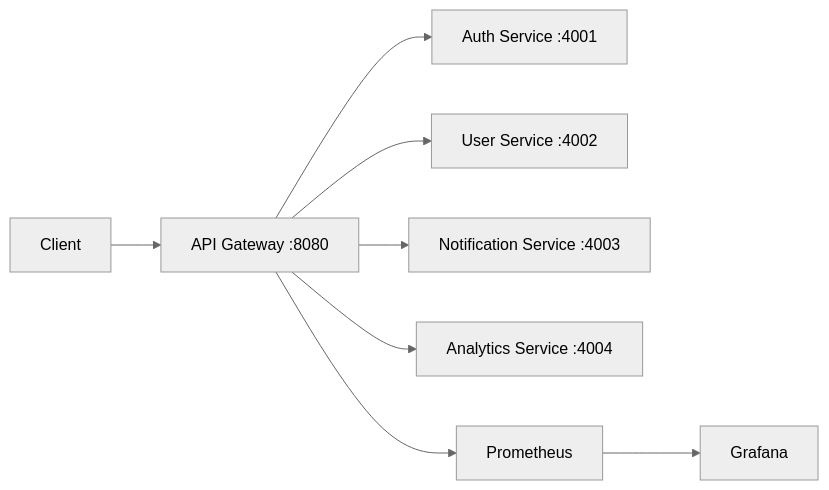
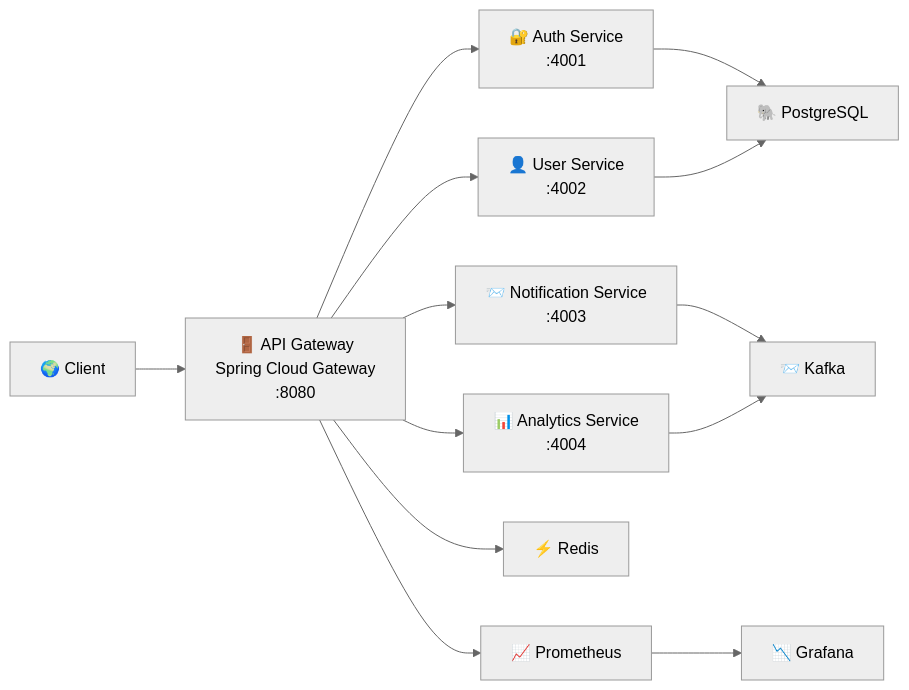
One commit to yashwan7/cloud-native-api-gateway changed the first of 7 diagrams in docs/architecture/README.md. Above: the diagram before and after it, drawn with Mermaid (neutral theme). The commit also changed other lines of this file, not shown here.

````diff
--- a/docs/architecture/README.md
+++ b/docs/architecture/README.md
@@ -3,10 +9,50 @@
 ```mermaid
 flowchart LR
-    Client[Client] --> Gateway[API Gateway :8080]
-    Gateway --> Auth[Auth Service :4001]
-    Gateway --> Users[User Service :4002]
-    Gateway --> Notifications[Notification Service :4003]
-    Gateway --> Analytics[Analytics Service :4004]
-    Gateway --> Metrics[Prometheus]
-    Metrics --> Grafana[Grafana]
+
+Client["🌍 Client"]
+
+Gateway["🚪 API Gateway
+Spring Cloud Gateway
+:8080"]
+
+Auth["🔐 Auth Service
+:4001"]
+
+User["👤 User Service
+:4002"]
+
+Notification["📨 Notification Service
+:4003"]
+
+Analytics["📊 Analytics Service
+:4004"]
+
+Redis["⚡ Redis"]
+
+Postgres["🐘 PostgreSQL"]
+
+Kafka["📨 Kafka"]
+
+Prometheus["📈 Prometheus"]
+
+Grafana["📉 Grafana"]
+
+Client --> Gateway
+
+Gateway --> Auth
+Gateway --> User
+Gateway --> Notification
+Gateway --> Analytics
+
+Auth --> Postgres
+User --> Postgres
+
+Gateway --> Redis
+
+Notification --> Kafka
+Analytics --> Kafka
+
+Gateway --> Prometheus
+
+Prometheus --> Grafana
 ```
````
